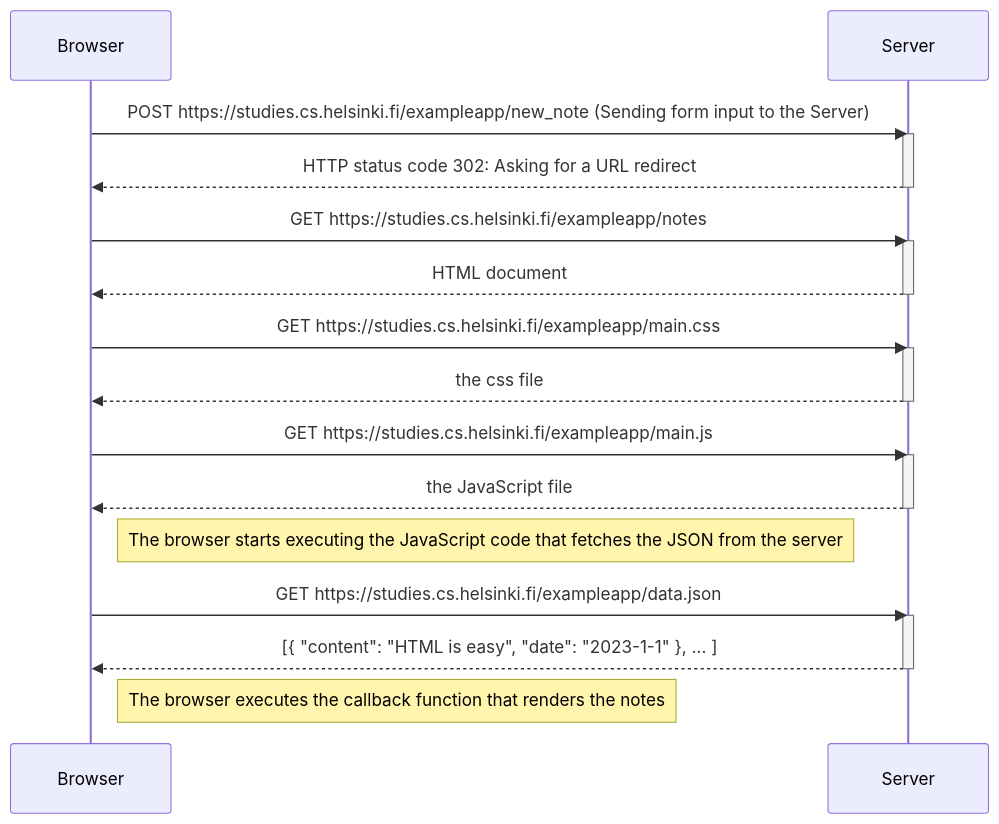
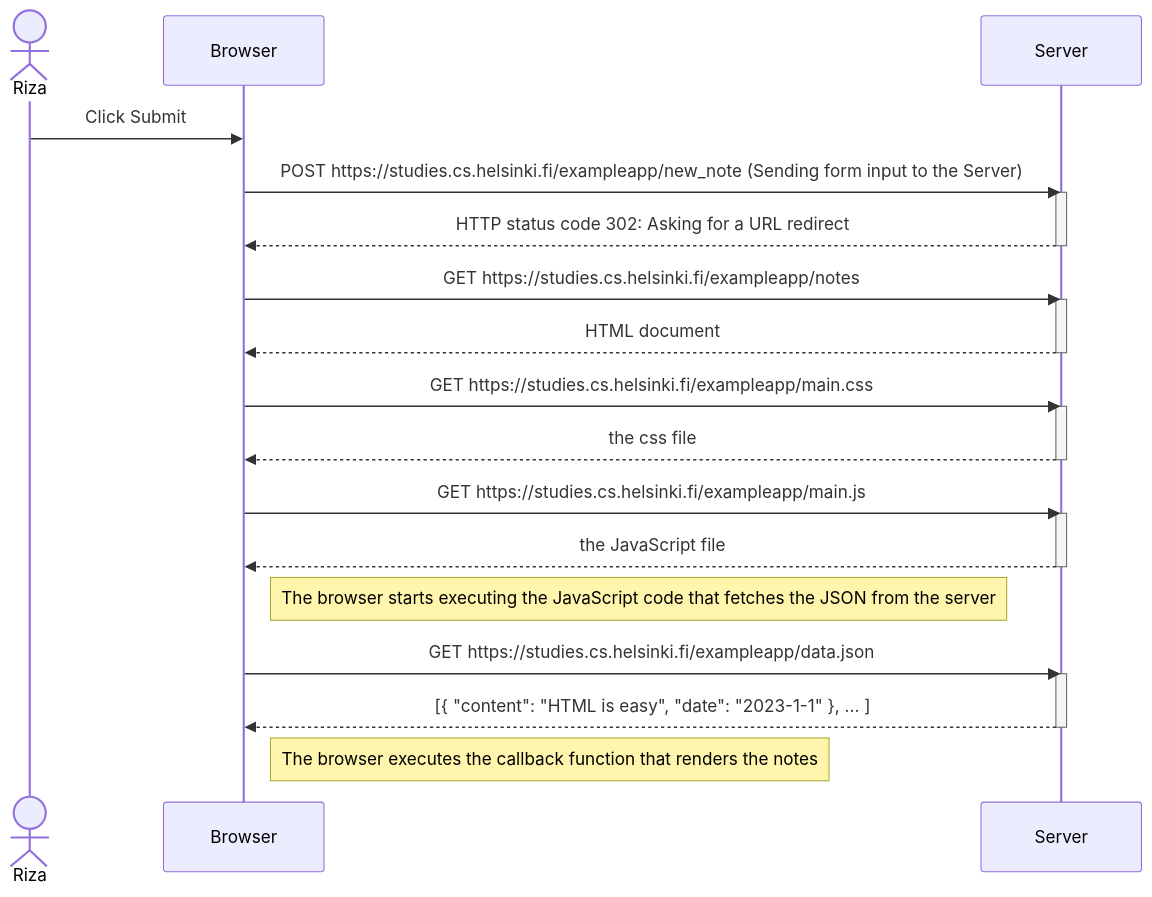
Before and after one commit to urmulu-riza/FullStackOpen-Part0: the diagram in nonSPA-NewNoteSeqDiagram.md, drawn with Mermaid.

Commit message:
actor addition

````diff
--- a/nonSPA-NewNoteSeqDiagram.md
+++ b/nonSPA-NewNoteSeqDiagram.md
@@ -1,35 +1,37 @@
 ```mermaid
 sequenceDiagram
+    Actor r as Riza
     participant b as Browser
     participant s as Server
 
+        r->>b: Click Submit
         b->>s: POST https://studies.cs.helsinki.fi/exampleapp/new_note (Sending form input to the Server)
     activate s
     s-->>b: HTTP status code 302: Asking for a URL redirect
     deactivate s
 
     b->>s: GET https://studies.cs.helsinki.fi/exampleapp/notes
     activate s
     s-->>b: HTML document
     deactivate s
 
     b->>s: GET https://studies.cs.helsinki.fi/exampleapp/main.css
     activate s
     s-->>b: the css file
     deactivate s
 
     b->>s: GET https://studies.cs.helsinki.fi/exampleapp/main.js
     activate s
     s-->>b: the JavaScript file
     deactivate s
 
     Note right of b: The browser starts executing the JavaScript code that fetches the JSON from the server
 
     b->>s: GET https://studies.cs.helsinki.fi/exampleapp/data.json
     activate s
     s-->>b: [{ "content": "HTML is easy", "date": "2023-1-1" }, ... ]
     deactivate s
 
     Note right of b: The browser executes the callback function that renders the notes
 
 ```
````
